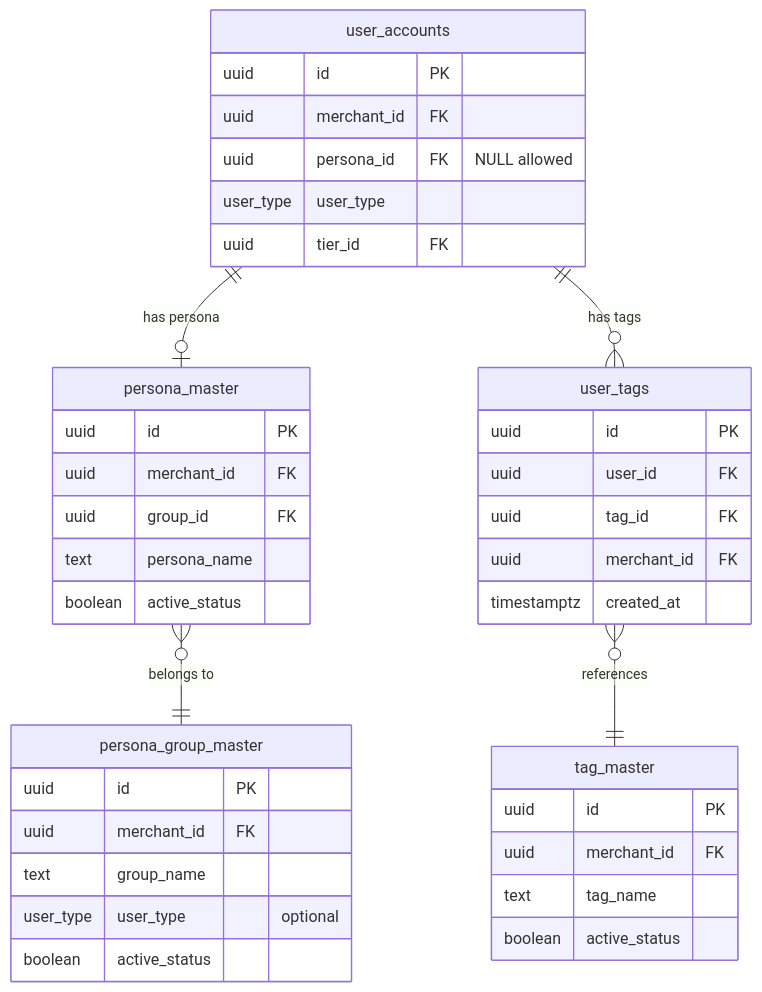
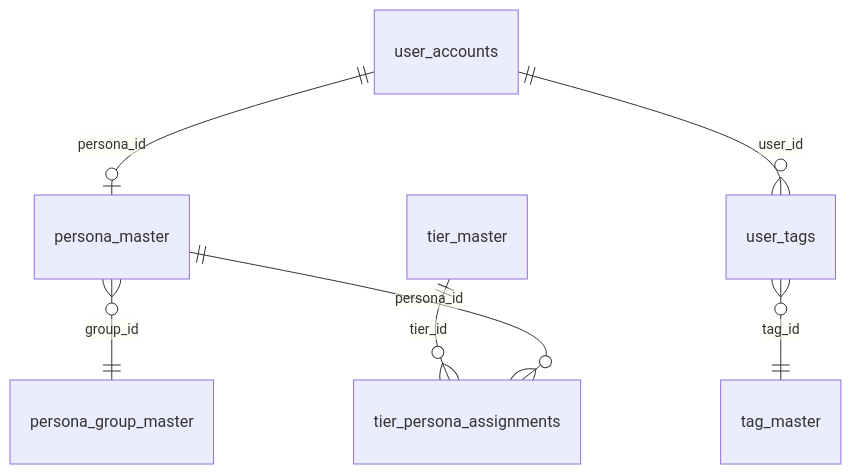
One commit to Rocket-CRM/supabase-crm changed the diagram in requirements/Tag_and_Persona.md. Above: the diagram before and after it, drawn with Mermaid. The commit also changed other lines of this file and 176 other files, not shown here.

````diff
--- a/requirements/Tag_and_Persona.md
+++ b/requirements/Tag_and_Persona.md
@@ -480,46 +136,9 @@
 ```mermaid
 erDiagram
-    user_accounts ||--o| persona_master : "has persona"
-    persona_master }o--|| persona_group_master : "belongs to"
-    user_accounts ||--o{ user_tags : "has tags"
-    user_tags }o--|| tag_master : "references"
-    
-    user_accounts {
-        uuid id PK
-        uuid merchant_id FK
-        uuid persona_id FK "NULL allowed"
-        user_type user_type
-        uuid tier_id FK
-    }
-    
-    persona_group_master {
-        uuid id PK
-        uuid merchant_id FK
-        text group_name
-        user_type user_type "optional"
-        boolean active_status
-    }
-    
-    persona_master {
-        uuid id PK
-        uuid merchant_id FK
-        uuid group_id FK
-        text persona_name
-        boolean active_status
-    }
-    
-    tag_master {
-        uuid id PK
-        uuid merchant_id FK
-        text tag_name
-        boolean active_status
-    }
-    
-    user_tags {
-        uuid id PK
-        uuid user_id FK
-        uuid tag_id FK
-        uuid merchant_id FK
-        timestamptz created_at
-    }
+    user_accounts ||--o| persona_master : persona_id
+    persona_master }o--|| persona_group_master : group_id
+    user_accounts ||--o{ user_tags : user_id
+    user_tags }o--|| tag_master : tag_id
+    tier_master ||--o{ tier_persona_assignments : tier_id
+    persona_master ||--o{ tier_persona_assignments : persona_id
 ```
````
